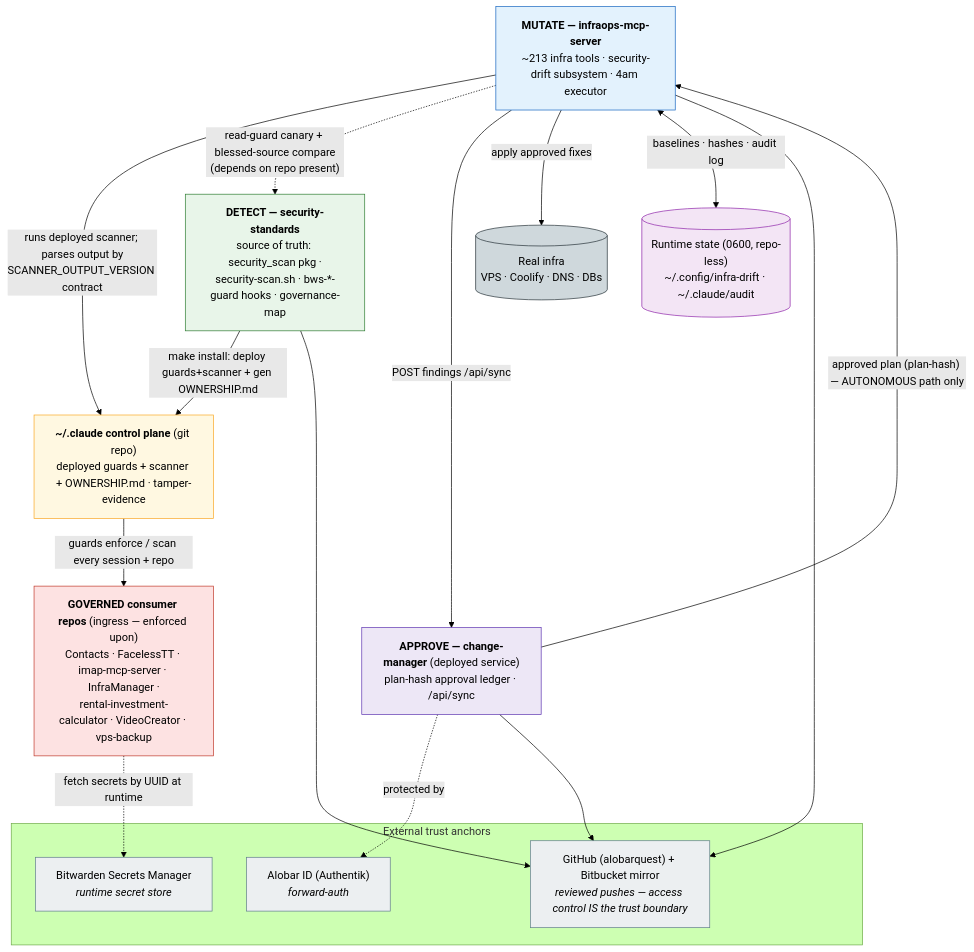
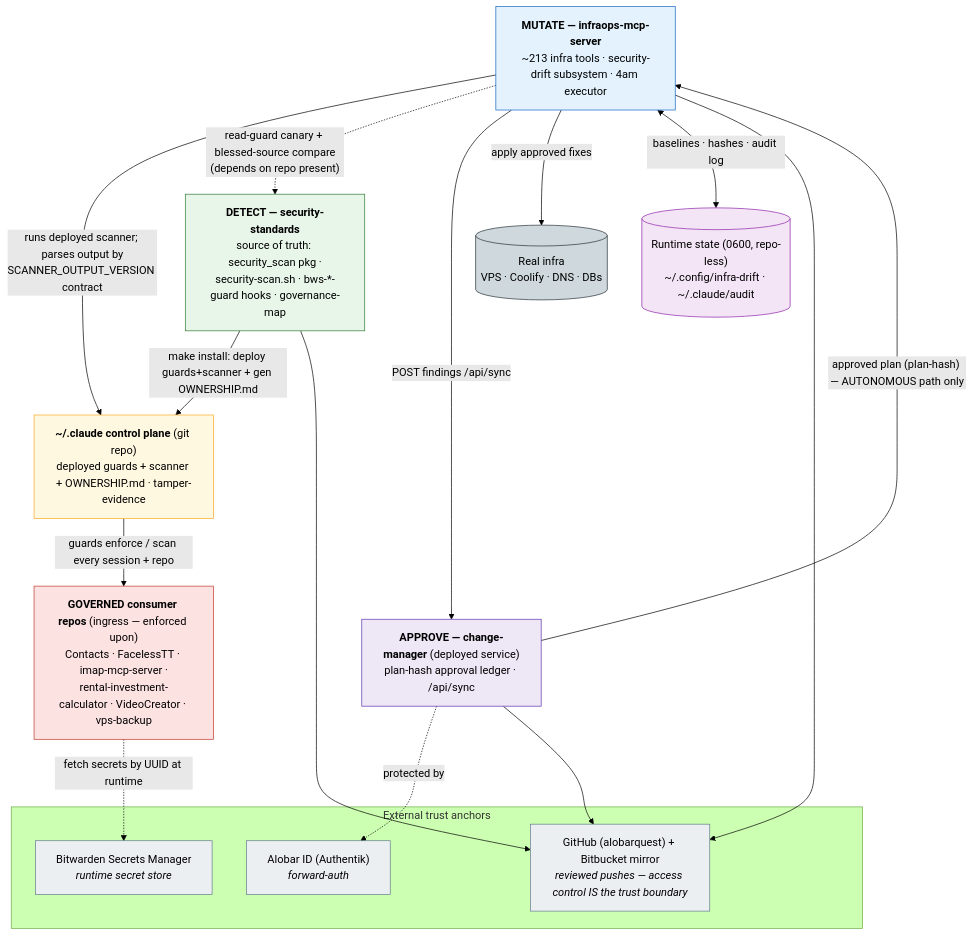
The third of 3 diagrams in docs/security-environment-overview.md (AlobarQuest/security-standards), drawn with Mermaid (forest theme) before and after one commit. The commit also changed other lines of this file, not shown here.

Commit message:
docs(overview): drop retired InfraManager from governed-consumer list
Mirrors the governance-map stanza removal (f69f241); the repo was retired and
its clone deleted, so the security-environment overview no longer lists it.

Claude-Session: https://claude.ai/code/session_018U4h8Ftzer2SZnSkV62CJN

````diff
--- a/docs/security-environment-overview.md
+++ b/docs/security-environment-overview.md
@@ -134,39 +134,39 @@
 ```mermaid
 flowchart TB
     subgraph EXT["External trust anchors"]
         GH["GitHub (alobarquest) + Bitbucket mirror<br/><i>reviewed pushes — access control IS the trust boundary</i>"]:::ext
         BWS["Bitwarden Secrets Manager<br/><i>runtime secret store</i>"]:::ext
         AID["Alobar ID (Authentik)<br/><i>forward-auth</i>"]:::ext
     end
 
     SS["<b>DETECT — security-standards</b><br/>source of truth: security_scan pkg ·<br/>security-scan.sh · bws-*-guard hooks · governance-map"]:::det
     CP["<b>~/.claude control plane</b> (git repo)<br/>deployed guards + scanner + OWNERSHIP.md · tamper-evidence"]:::cp
     IO["<b>MUTATE — infraops-mcp-server</b><br/>~213 infra tools · security-drift subsystem · 4am executor"]:::mut
     CM["<b>APPROVE — change-manager</b> (deployed service)<br/>plan-hash approval ledger · /api/sync"]:::app
-    CONS["<b>GOVERNED consumer repos</b> (ingress — enforced upon)<br/>Contacts · FacelessTT · imap-mcp-server · InfraManager ·<br/>rental-investment-calculator · VideoCreator · vps-backup"]:::gov
+    CONS["<b>GOVERNED consumer repos</b> (ingress — enforced upon)<br/>Contacts · FacelessTT · imap-mcp-server ·<br/>rental-investment-calculator · VideoCreator · vps-backup"]:::gov
     STATE[("Runtime state (0600, repo-less)<br/>~/.config/infra-drift · ~/.claude/audit")]:::st
     INFRA[("Real infra<br/>VPS · Coolify · DNS · DBs")]:::inf
 
     SS -->|"make install: deploy guards+scanner + gen OWNERSHIP.md"| CP
     CP -->|"guards enforce / scan every session + repo"| CONS
     IO -->|"runs deployed scanner; parses output by<br/>SCANNER_OUTPUT_VERSION contract"| CP
     IO -.->|"read-guard canary + blessed-source compare<br/>(depends on repo present)"| SS
     IO -->|"POST findings /api/sync"| CM
     CM -->|"approved plan (plan-hash) — AUTONOMOUS path only"| IO
     IO -->|"apply approved fixes"| INFRA
     IO <-->|"baselines · hashes · audit log"| STATE
     CONS -.->|"fetch secrets by UUID at runtime"| BWS
     CM -.->|"protected by"| AID
     SS --> GH
     IO --> GH
     CM --> GH
 
     classDef ext fill:#eceff1,stroke:#607d8b,color:#000;
     classDef det fill:#e8f5e9,stroke:#2e7d32,color:#000;
     classDef cp fill:#fff8e1,stroke:#f9a825,color:#000;
     classDef mut fill:#e3f2fd,stroke:#1565c0,color:#000;
     classDef app fill:#ede7f6,stroke:#5e35b1,color:#000;
     classDef gov fill:#fde2e2,stroke:#c0392b,color:#000;
     classDef st fill:#f3e5f5,stroke:#8e24aa,color:#000;
     classDef inf fill:#cfd8dc,stroke:#263238,color:#000;
 ```
````
